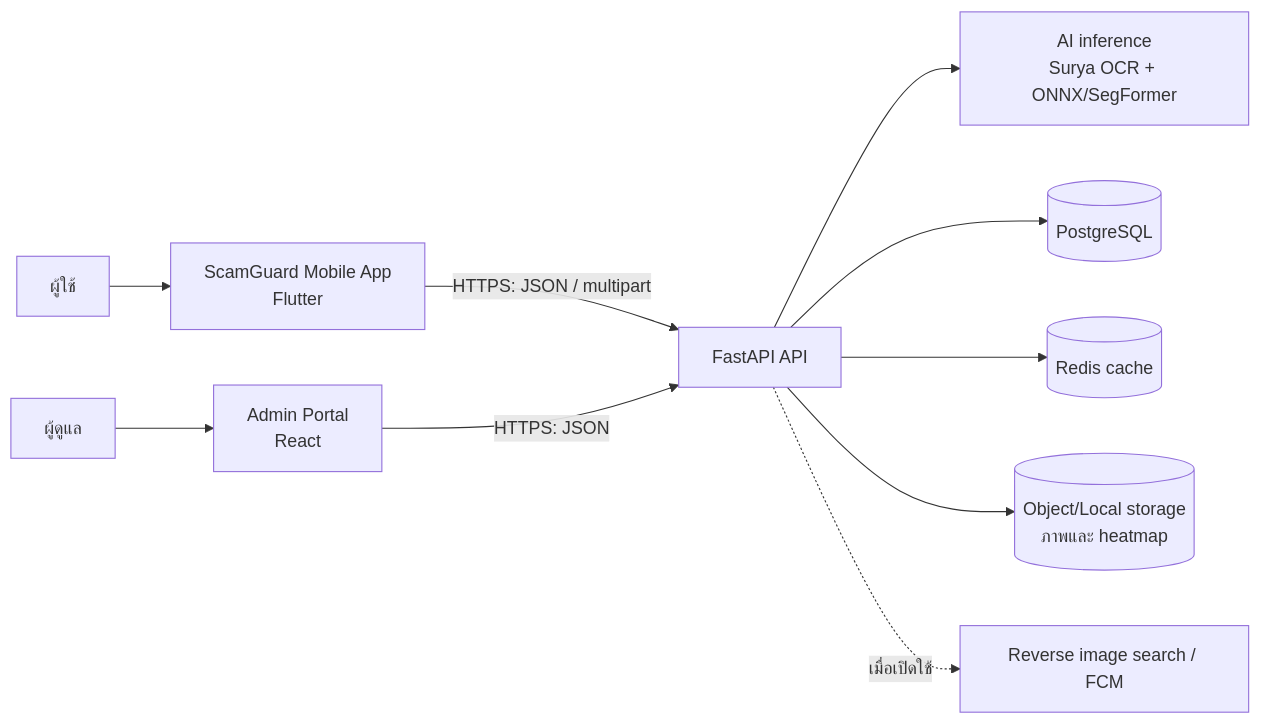
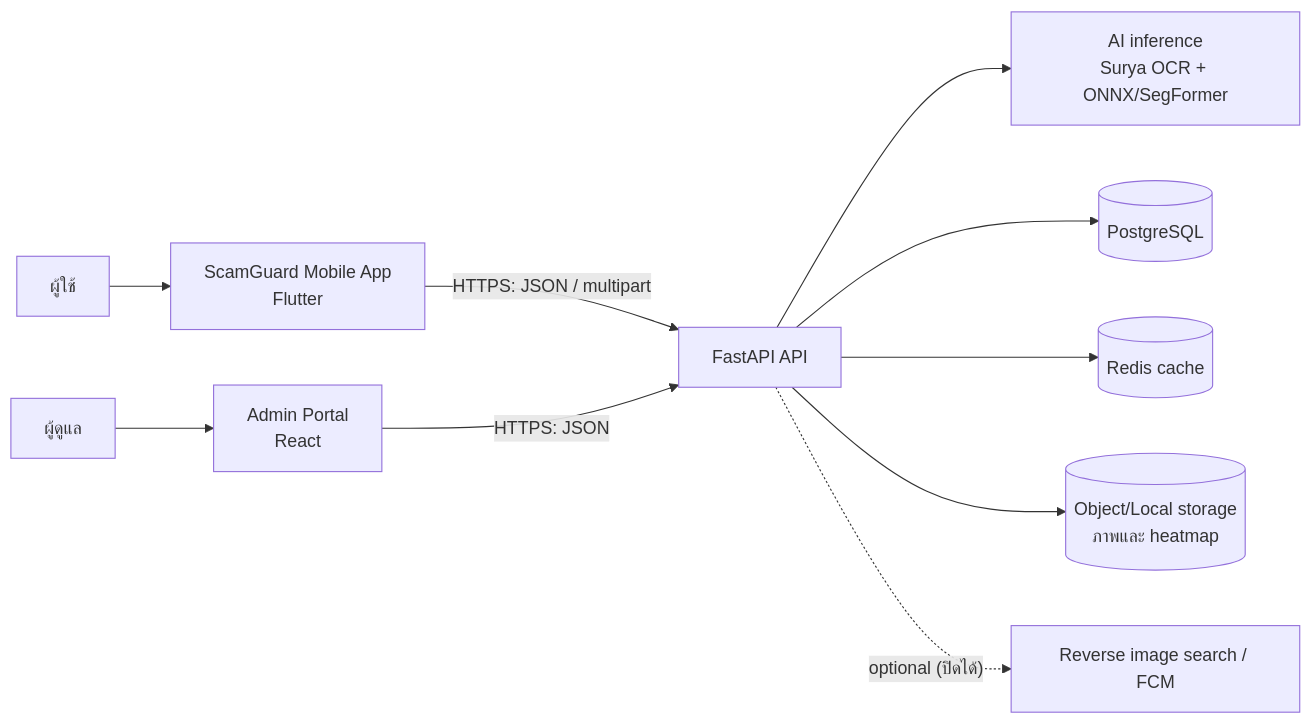
Before and after one commit to Panuwat-ta/project: the first of 2 diagrams in Document/overview.md, drawn with Mermaid. The commit also changed other lines of this file and 90 other files, not shown here.

````diff
--- a/Document/overview.md
+++ b/Document/overview.md
@@ -18,12 +18,12 @@
 ```mermaid
 flowchart LR
     U[ผู้ใช้] --> M[ScamGuard Mobile App<br/>Flutter]
     A[ผู้ดูแล] --> W[Admin Portal<br/>React]
     M -->|HTTPS: JSON / multipart| API[FastAPI API]
     W -->|HTTPS: JSON| API
     API --> AI[AI inference<br/>Surya OCR + ONNX/SegFormer]
     API --> DB[(PostgreSQL)]
     API --> CACHE[(Redis cache)]
     API --> STORE[(Object/Local storage<br/>ภาพและ heatmap)]
-    API -. เมื่อเปิดใช้ .-> EXT[Reverse image search / FCM]
+    API -. optional (ปิดได้) .-> EXT[Reverse image search / FCM]
 ```
````
